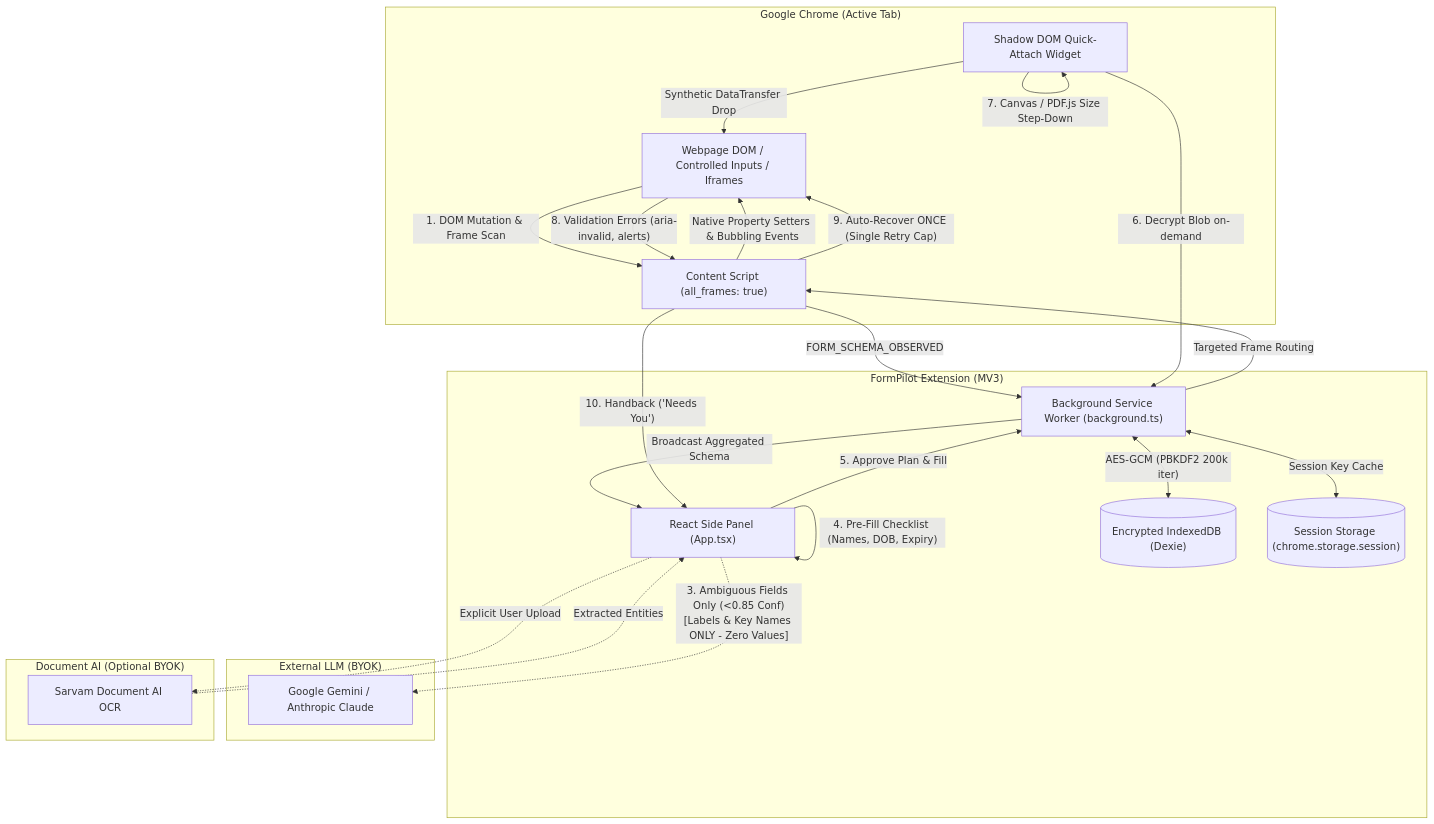
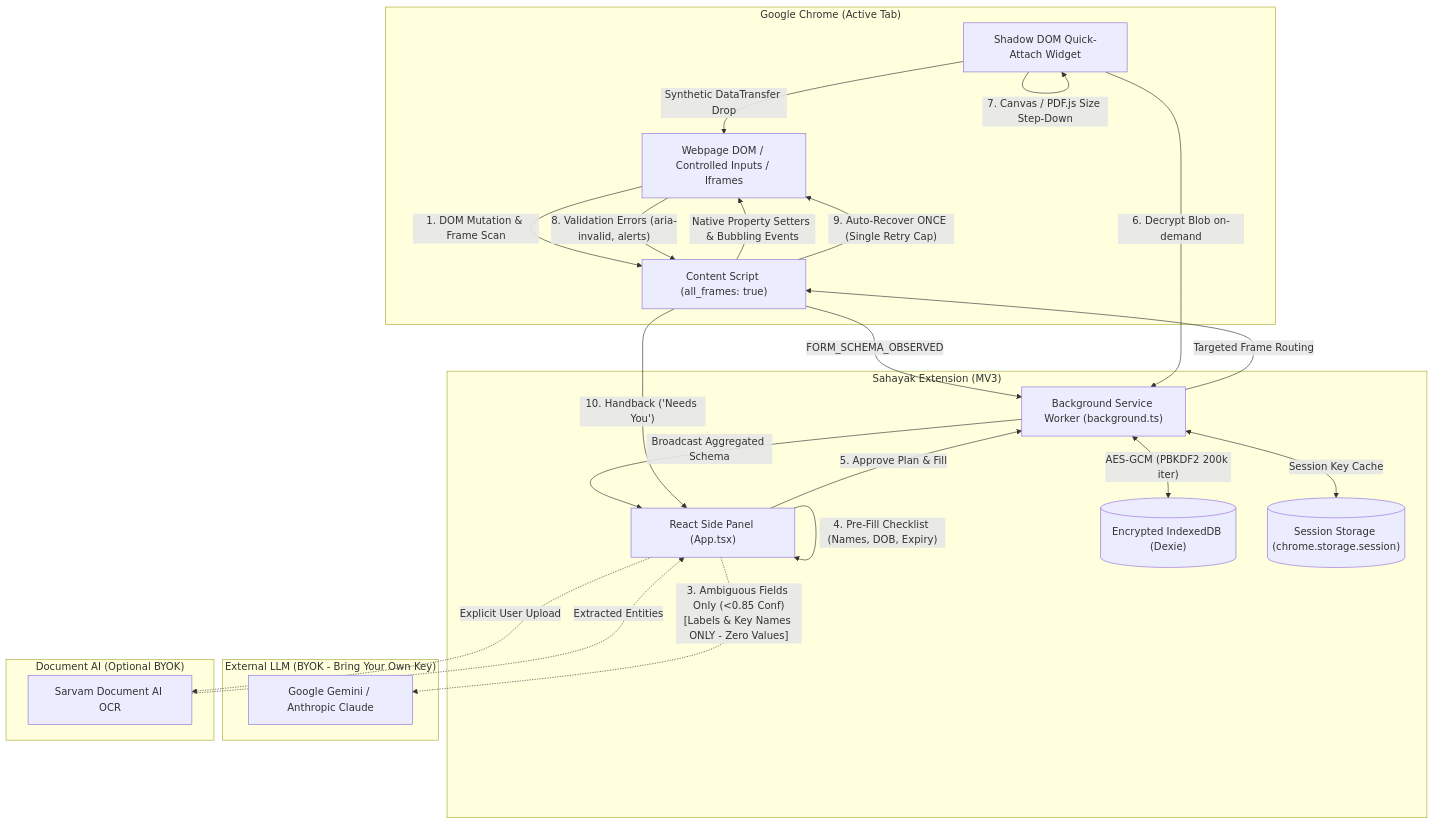
One commit to Bhaveshk46/Sahayak changed the diagram in README.md. Above: the diagram before and after it, drawn with Mermaid. The commit also changed other lines of this file, not shown here.

Commit message:
docs: update README with Quick Start guide, GitHub setup, and Sahayak branding

````diff
--- a/README.md
+++ b/README.md
@@ -10,54 +61,54 @@
 ```mermaid
 flowchart TD
     subgraph Browser["Google Chrome (Active Tab)"]
         Page["Webpage DOM / Controlled Inputs / Iframes"]
         CS["Content Script (all_frames: true)"]
         QA["Shadow DOM Quick-Attach Widget"]
     end
 
-    subgraph FormPilot["FormPilot Extension (MV3)"]
+    subgraph Sahayak["Sahayak Extension (MV3)"]
         SP["React Side Panel (App.tsx)"]
         BG["Background Service Worker (background.ts)"]
         DB[("Encrypted IndexedDB (Dexie)")]
         Session[("Session Storage (chrome.storage.session)")]
     end
 
-    subgraph LLMCloud["External LLM (BYOK)"]
+    subgraph LLMCloud["External LLM (BYOK - Bring Your Own Key)"]
         LLM["Google Gemini / Anthropic Claude"]
     end
 
     subgraph DocumentAI["Document AI (Optional BYOK)"]
         Sarvam["Sarvam Document AI OCR"]
     end
 
     %% Observation Loop
     Page -->|"1. DOM Mutation & Frame Scan"| CS
     CS -->|"FORM_SCHEMA_OBSERVED"| BG
     BG -->|"Broadcast Aggregated Schema"| SP
 
     %% Decision & Verification
     SP -->|"2. Local Heuristic Match (fuse.js)"| SP
     SP -.->|"3. Ambiguous Fields Only (<0.85 Conf)\n[Labels & Key Names ONLY - Zero Values]"| LLM
     SP -->|"4. Pre-Fill Checklist (Names, DOB, Expiry)"| SP
 
     %% Action Loop
     SP -->|"5. Approve Plan & Fill"| BG
     BG -->|"Targeted Frame Routing"| CS
     CS -->|"Native Property Setters & Bubbling Events"| Page
 
     %% Attachment & Compression
     QA -->|"6. Decrypt Blob on-demand"| BG
     BG <-->|"AES-GCM (PBKDF2 200k iter)"| DB
     BG <-->|"Session Key Cache"| Session
     QA -->|"7. Canvas / PDF.js Size Step-Down"| QA
     QA -->|"Synthetic DataTransfer Drop"| Page
 
     %% Error Recovery
     Page -->|"8. Validation Errors (aria-invalid, alerts)"| CS
     CS -->|"9. Auto-Recover ONCE (Single Retry Cap)"| Page
     CS -->|"10. Handback ('Needs You')"| SP
     
     %% Document Ingestion
     SP -.->|"Explicit User Upload"| Sarvam
     Sarvam -.->|"Extracted Entities"| SP
 ```
````
